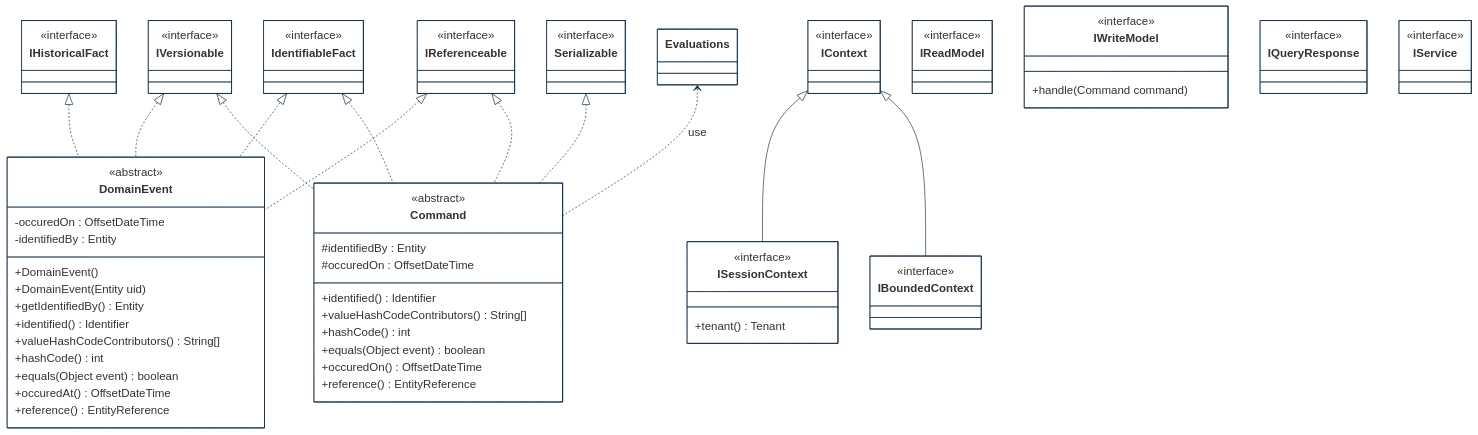
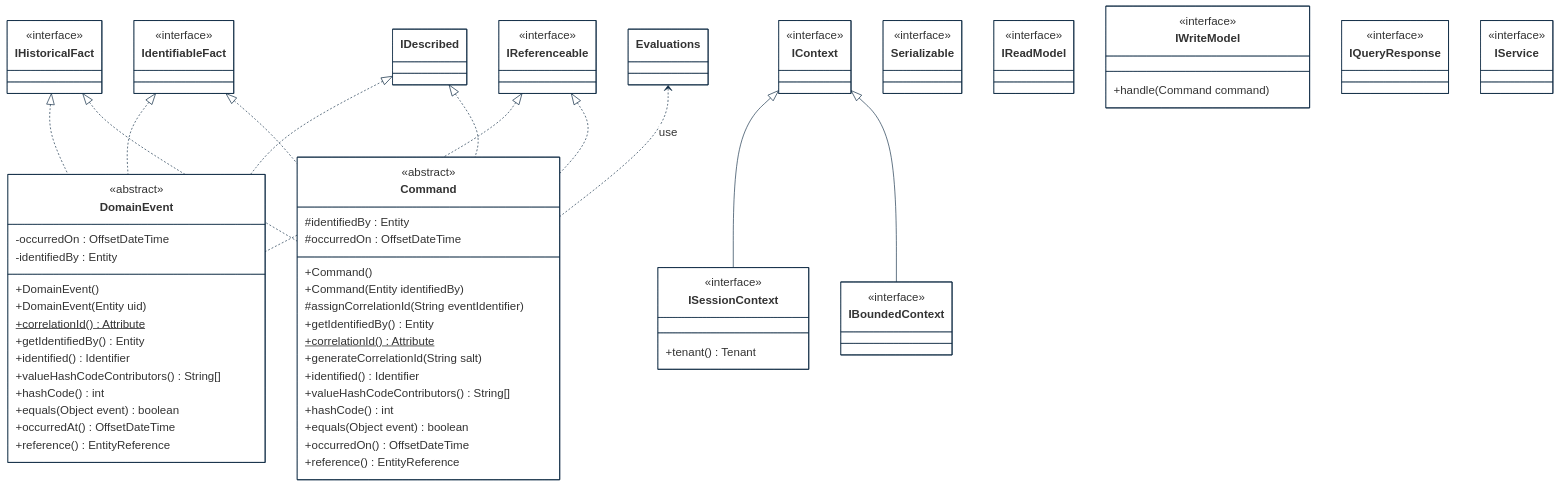
The first of 3 diagrams in implementations-line/framework/domain/designview-structure-models.md (cybnity/foundation), drawn with Mermaid before and after one commit. The commit also changed other lines of this file and 34 other files, not shown here.

```diff
--- a/implementations-line/framework/domain/designview-structure-models.md
+++ b/implementations-line/framework/domain/designview-structure-models.md
@@ -52,38 +52,36 @@
 }%%
 classDiagram
     IHistoricalFact <|.. DomainEvent
-    IVersionable <|.. DomainEvent
+    IDescribed <|.. DomainEvent
     IReferenceable <|.. DomainEvent
     IdentifiableFact <|.. DomainEvent
     IdentifiableFact <|.. Command
-    IVersionable <|.. Command
-    Serializable <|.. Command
+    IHistoricalFact <|.. Command
     IReferenceable <|.. Command
+    IDescribed <|.. Command
     Evaluations <.. Command : use
     IContext <|-- ISessionContext
     IContext <|-- IBoundedContext
 
     class DomainEvent {
         <<abstract>>
-        -occuredOn : OffsetDateTime
+        -occurredOn : OffsetDateTime
         -identifiedBy : Entity
         +DomainEvent()
         +DomainEvent(Entity uid)
+        +correlationId()$ Attribute
         +getIdentifiedBy() Entity
         +identified() Identifier
         +valueHashCodeContributors() String[]
         +hashCode() int
         +equals(Object event) boolean
-        +occuredAt() OffsetDateTime
+        +occurredAt() OffsetDateTime
         +reference() EntityReference
     }
     class IHistoricalFact {
         <<interface>>
     }
     class IdentifiableFact {
-        <<interface>>
-    }
-    class IVersionable {
         <<interface>>
     }
     class IContext {
@@ -105,12 +103,18 @@
     class Command {
         <<abstract>>
         #identifiedBy : Entity
-        #occuredOn : OffsetDateTime
+        #occurredOn : OffsetDateTime
+        +Command()
+        +Command(Entity identifiedBy)
+        #assignCorrelationId(String eventIdentifier)
+        +getIdentifiedBy() Entity
+        +correlationId()$ Attribute
+        +generateCorrelationId(String salt)
         +identified() Identifier
         +valueHashCodeContributors() String[]
         +hashCode() int
         +equals(Object event) boolean
-        +occuredOn() OffsetDateTime
+        +occurredOn() OffsetDateTime
         +reference() EntityReference
     }
     class IReadModel {
```
